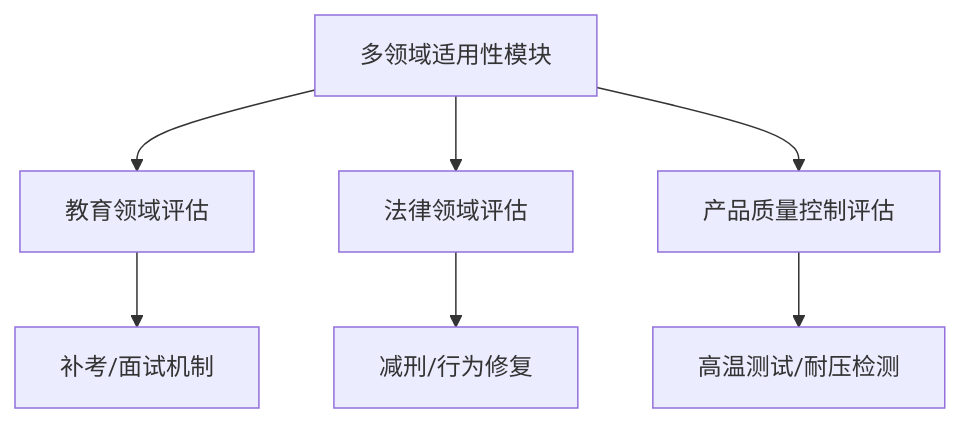
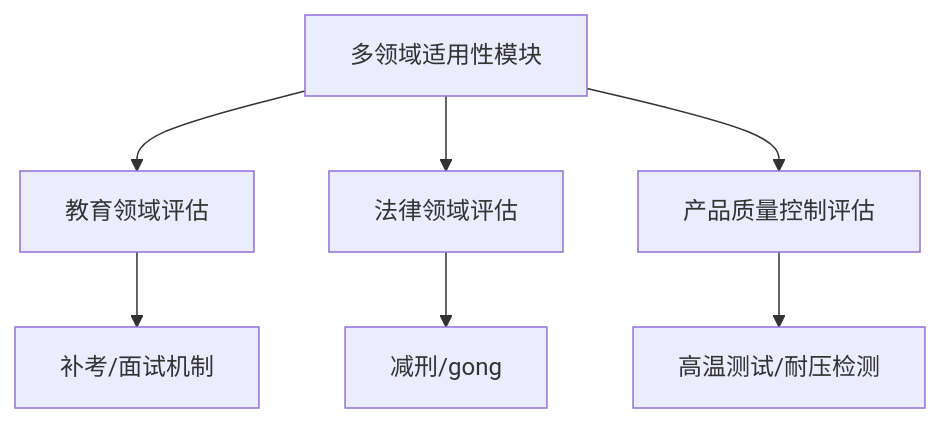
One commit to RNGMARTIN/iodraw-files changed the diagram in all/未命名-2.md. Above: the diagram before and after it, drawn with Mermaid.

Commit message:
2025-07-31 08:47:31 update

````diff
--- a/all/未命名-2.md
+++ b/all/未命名-2.md
@@ -1,10 +1,10 @@
 ```mermaid
 graph TB
     A[多领域适用性模块] --> B[教育领域评估]
     A --> C[法律领域评估]
     A --> D[产品质量控制评估]
     B --> B1[补考/面试机制]
-    C --> C1[减刑/行为修复]
+    C --> C1[减刑/gong]
     D --> D1[高温测试/耐压检测]
 
 ```
````
